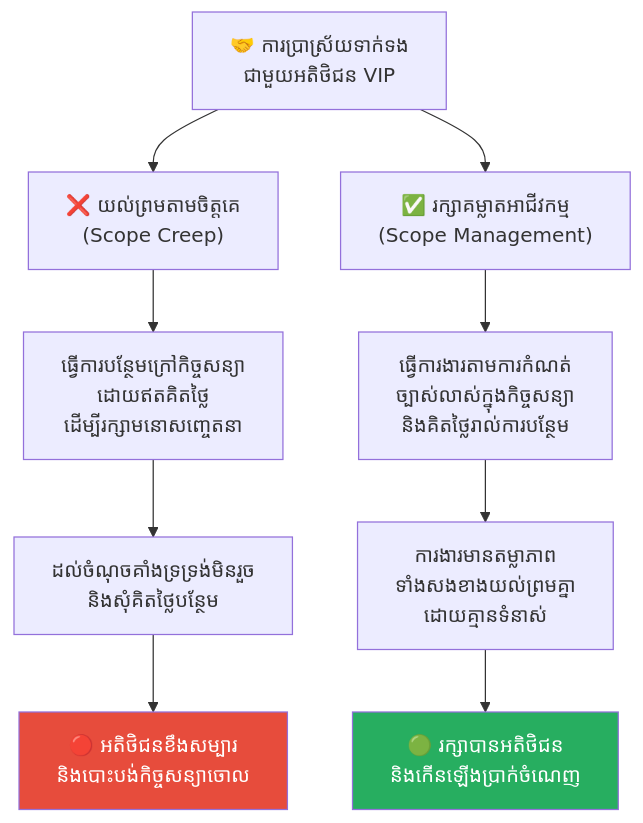
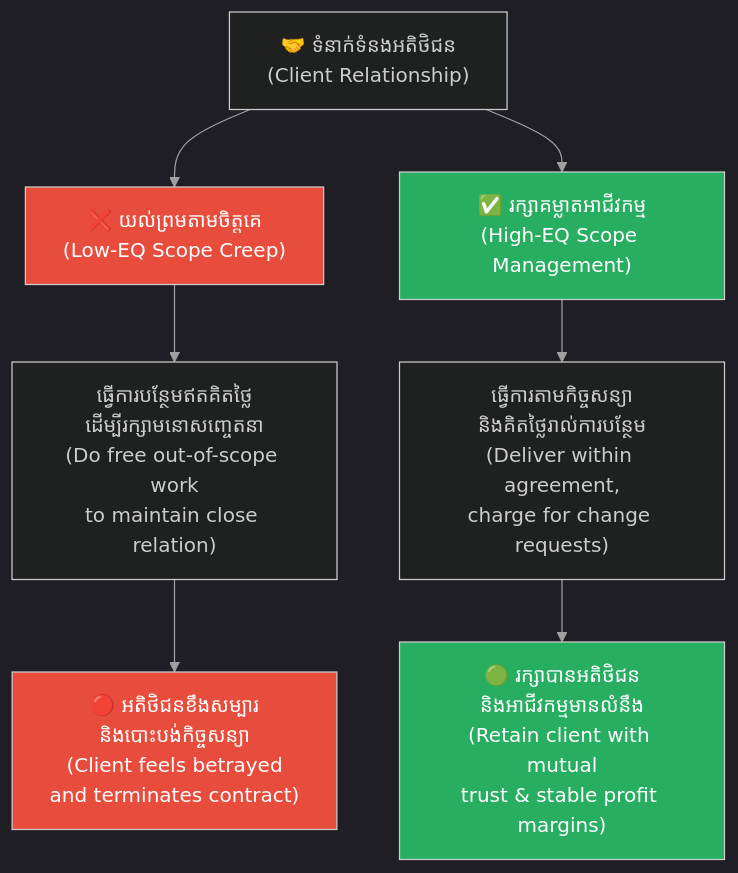
One commit to GuideStack/iblogger-feeds changed the third of 5 diagrams in feeds/concepts/articles/07-hedgehog-dilemma.md. Above: the diagram before and after it, drawn with Mermaid. The commit also changed other lines of this file, not shown here.

Commit message:
docs: upgrade 07-hedgehog-dilemma.md to bilingual layout and styled diagrams

````diff
--- a/feeds/concepts/articles/07-hedgehog-dilemma.md
+++ b/feeds/concepts/articles/07-hedgehog-dilemma.md
@@ -122,16 +195,25 @@
 ```mermaid
+%%{init: {
+  'theme': 'dark',
+  'themeVariables': {
+    'background': '#1e1e1e',
+    'primaryTextColor': '#ffffff',
+    'lineColor': '#a0a0a0'
+  },
+  'themeCSS': 'svg { background-color: #1e1e1e !important; padding: 1rem !important; border-radius: 8px !important; } .edgeLabel rect { fill: #1e1e1e !important; } text, tspan { fill: #ffffff !important; }'
+}}%%
 graph TD
-    A["🤝 ការប្រាស្រ័យទាក់ទង<br/>ជាមួយអតិថិជន VIP"] --> B1["❌ យល់ព្រមតាមចិត្តគេ<br/>(Scope Creep)"]
-    A --> B2["✅ រក្សាគម្លាតអាជីវកម្ម<br/>(Scope Management)"]
-    
-    B1 --> C1["ធ្វើការបន្ថែមក្រៅកិច្ចសន្យា<br/>ដោយឥតគិតថ្លៃ<br/>ដើម្បីរក្សាមនោសញ្ចេតនា"]
-    C1 --> D1["ដល់ចំណុចគាំងទ្រទ្រង់មិនរួច<br/>និងសុំគិតថ្លៃបន្ថែម"]
-    D1 --> E1["🔴 អតិថិជនខឹងសម្បារ<br/>និងបោះបង់កិច្ចសន្យាចោល"]
-    
-    B2 --> C2["ធ្វើការងារតាមការកំណត់<br/>ច្បាស់លាស់ក្នុងកិច្ចសន្យា<br/>និងគិតថ្លៃរាល់ការបន្ថែម"]
-    C2 --> D2["ការងារមានតម្លាភាព<br/>ទាំងសងខាងយល់ព្រមគ្នា<br/>ដោយគ្មានទំនាស់"]
-    D2 --> E2["🟢 រក្សាបានអតិថិជន<br/>និងកើនឡើងប្រាក់ចំណេញ"]
+    A["🤝 ទំនាក់ទំនងអតិថិជន<br/>(Client Relationship)"] --> B1["❌ យល់ព្រមតាមចិត្តគេ<br/>(Low-EQ Scope Creep)"]
+    A --> B2["✅ រក្សាគម្លាតអាជីវកម្ម<br/>(High-EQ Scope Management)"]
 
-    style E1 fill:#e74c3c,color:#fff
-    style E2 fill:#27ae60,color:#fff
+    B1 --> C1["ធ្វើការបន្ថែមឥតគិតថ្លៃ<br/>ដើម្បីរក្សាមនោសញ្ចេតនា<br/>(Do free out-of-scope work<br/>to maintain close relation)"]
+    C1 --> D1["🔴 អតិថិជនខឹងសម្បារ<br/>និងបោះបង់កិច្ចសន្យា<br/>(Client feels betrayed<br/>and terminates contract)"]
+
+    B2 --> C2["ធ្វើការតាមកិច្ចសន្យា<br/>និងគិតថ្លៃរាល់ការបន្ថែម<br/>(Deliver within agreement,<br/>charge for change requests)"]
+    C2 --> D2["🟢 រក្សាបានអតិថិជន<br/>និងអាជីវកម្មមានលំនឹង<br/>(Retain client with mutual<br/>trust & stable profit margins)"]
+
+    style B1 fill:#e74c3c,color:#fff
+    style B2 fill:#27ae60,color:#fff
+    style D1 fill:#e74c3c,color:#fff
+    style D2 fill:#27ae60,color:#fff
 ```
````
